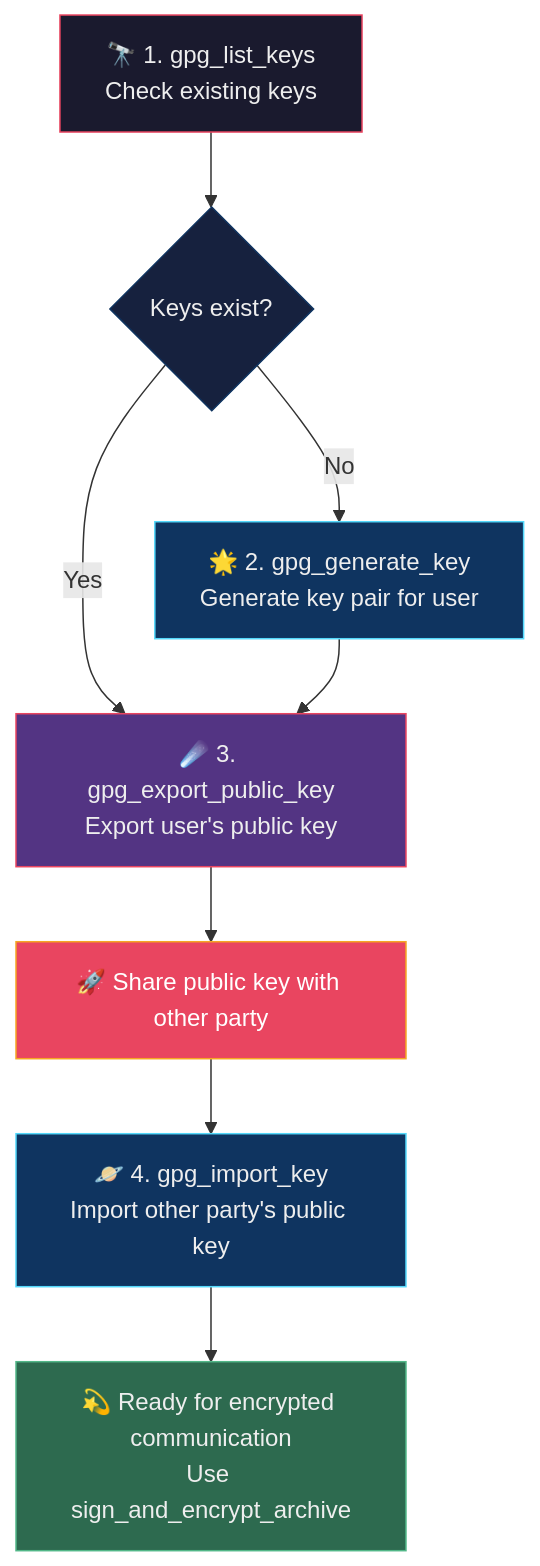
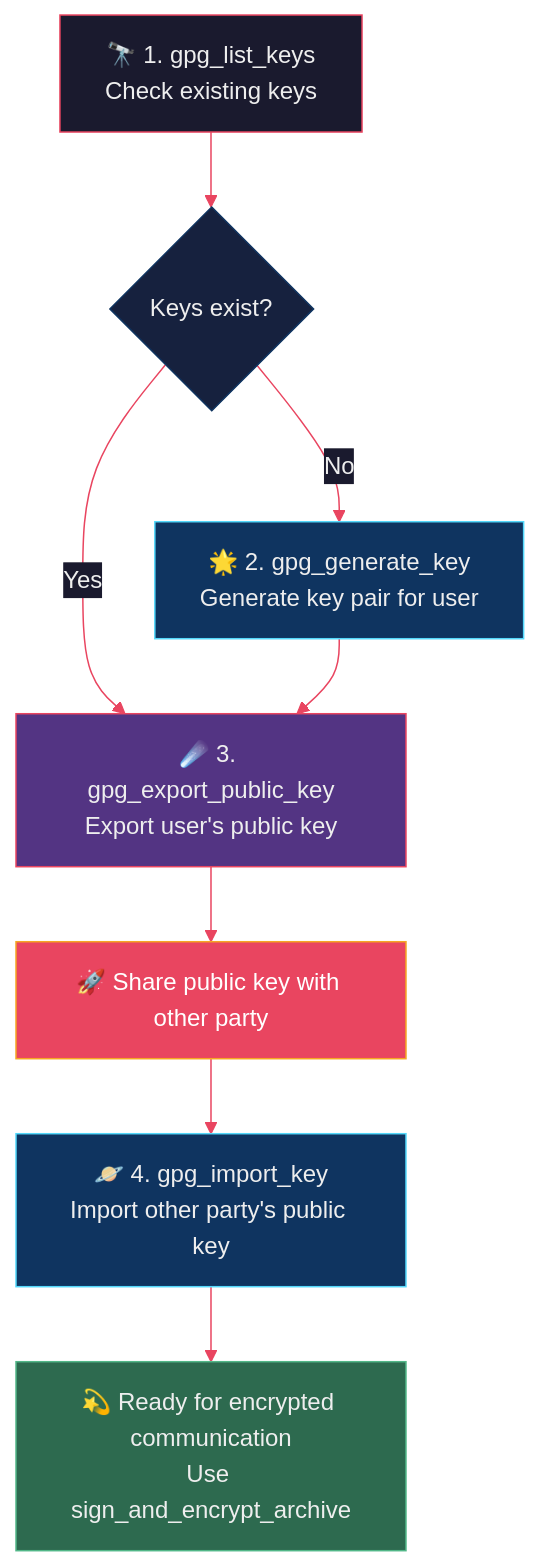
The first of 3 diagrams in README.md (8r4n/zstar-mcp-server), drawn with Mermaid before and after one commit. The commit also changed other lines of this file, not shown here.

Commit message:
docs: improve Mermaid diagram contrast for light and dark mode legibility

````diff
--- a/README.md
+++ b/README.md
@@ -344,18 +344,19 @@
 ```mermaid
+%%{init: {'theme': 'base', 'themeVariables': {'lineColor': '#e94560', 'primaryColor': '#1a1a2e', 'primaryTextColor': '#eee', 'edgeLabelBackground': '#1a1a2e', 'clusterBkg': '#0d1b2a'}}}%%
 flowchart TD
     A["🔭 1. gpg_list_keys\nCheck existing keys"] --> B{Keys exist?}
     B -->|No| C["🌟 2. gpg_generate_key\nGenerate key pair for user"]
     B -->|Yes| D["☄️ 3. gpg_export_public_key\nExport user's public key"]
     C --> D
     D --> E["🚀 Share public key with other party"]
     E --> F["🪐 4. gpg_import_key\nImport other party's public key"]
     F --> G["💫 Ready for encrypted communication\nUse sign_and_encrypt_archive"]
 
     style A fill:#1a1a2e,stroke:#e94560,color:#eee
     style B fill:#16213e,stroke:#0f3460,color:#eee
     style C fill:#0f3460,stroke:#53d8fb,color:#eee
     style D fill:#533483,stroke:#e94560,color:#eee
     style E fill:#e94560,stroke:#f5a623,color:#fff
     style F fill:#0f3460,stroke:#53d8fb,color:#eee
     style G fill:#2d6a4f,stroke:#52b788,color:#eee
 ```
````
